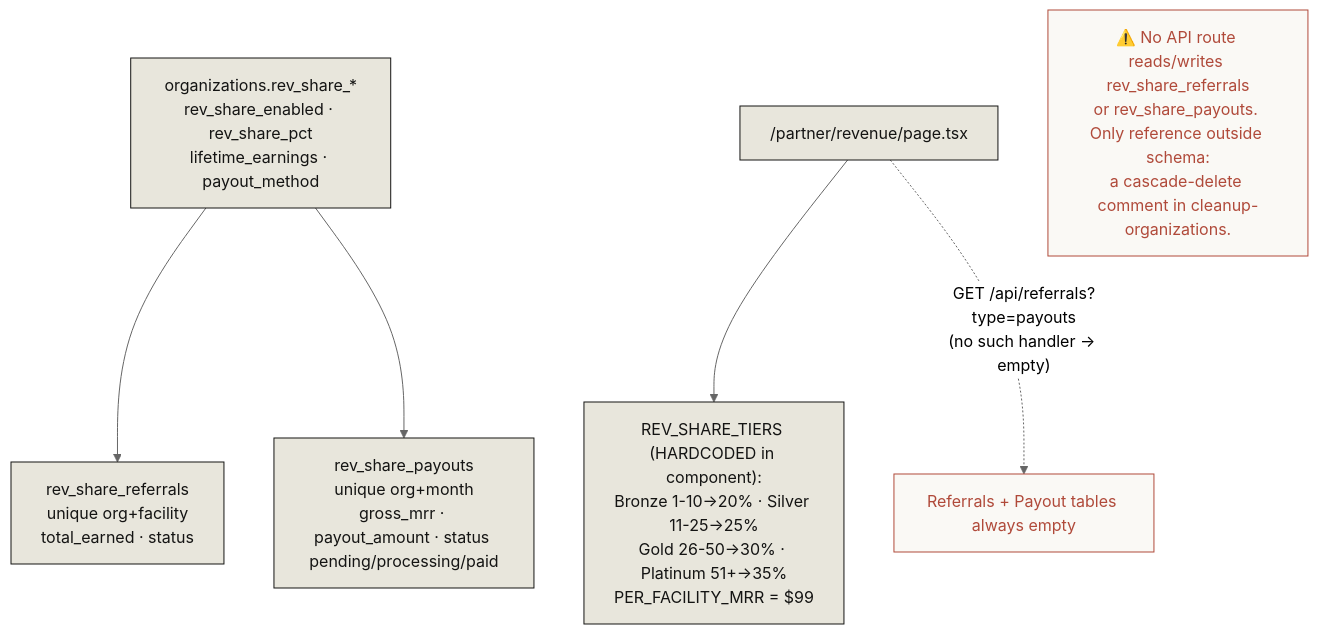
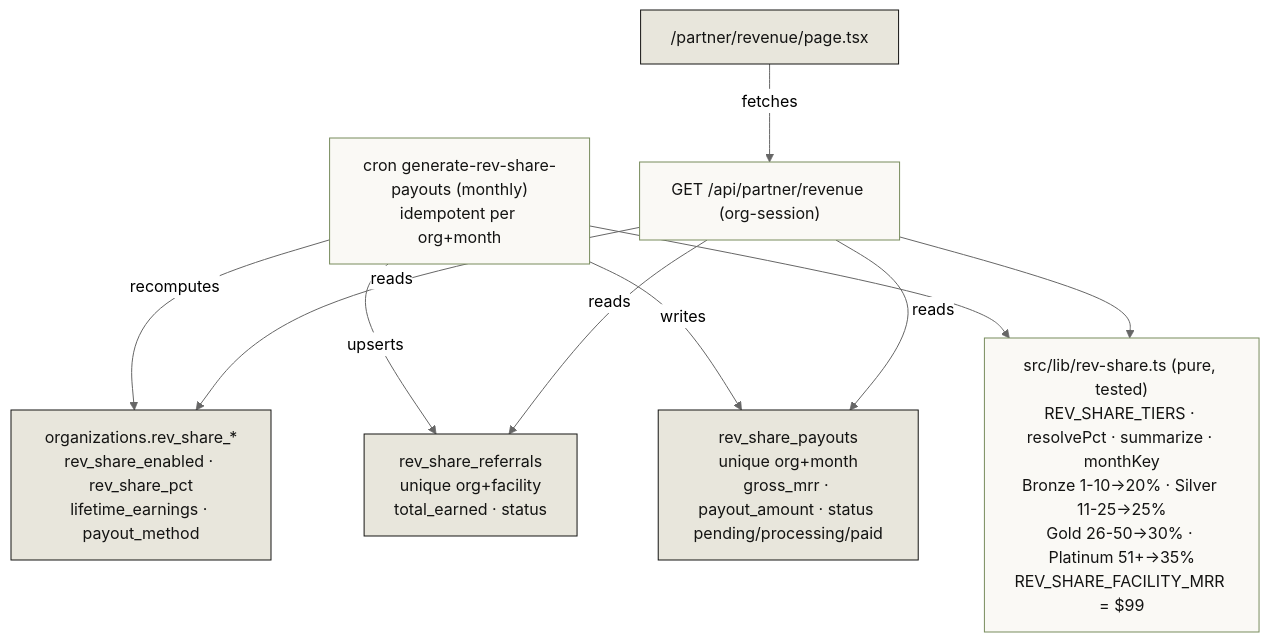
Before and after one commit to conceptsdeveloped/stowstack-next: the fourth of 4 diagrams in docs/systems/16-referrals-revshare.md, drawn with Mermaid (neutral theme). The commit also changed other lines of this file and 8 other files, not shown here.

````diff
--- a/docs/systems/16-referrals-revshare.md
+++ b/docs/systems/16-referrals-revshare.md
@@ -85,19 +85,24 @@
 ```mermaid
 flowchart TD
     ORG["organizations.rev_share_*<br/>rev_share_enabled · rev_share_pct<br/>lifetime_earnings · payout_method"]
     RR["rev_share_referrals<br/>unique org+facility<br/>total_earned · status"]
     RP["rev_share_payouts<br/>unique org+month<br/>gross_mrr · payout_amount · status pending/processing/paid"]
-    ORG --> RR
-    ORG --> RP
 
-    UI["/partner/revenue/page.tsx"]
-    UI --> HC["REV_SHARE_TIERS (HARDCODED in component):<br/>Bronze 1-10→20% · Silver 11-25→25%<br/>Gold 26-50→30% · Platinum 51+→35%<br/>PER_FACILITY_MRR = $99"]
-    UI -.->|"GET /api/referrals?type=payouts<br/>(no such handler → empty)"| EMPTY["Referrals + Payout tables always empty"]
+    LIB["src/lib/rev-share.ts (pure, tested)<br/>REV_SHARE_TIERS · resolvePct · summarize · monthKey<br/>Bronze 1-10→20% · Silver 11-25→25%<br/>Gold 26-50→30% · Platinum 51+→35%<br/>REV_SHARE_FACILITY_MRR = $99"]
 
-    NOTE["⚠️ No API route reads/writes rev_share_referrals<br/>or rev_share_payouts. Only reference outside schema:<br/>a cascade-delete comment in cleanup-organizations."]
+    CRON["cron generate-rev-share-payouts (monthly)<br/>idempotent per org+month"] -->|"writes"| RP
+    CRON -->|"upserts"| RR
+    CRON -->|"recomputes"| ORG
+    CRON --> LIB
 
-    classDef warn fill:#faf9f5,stroke:#B04A3A,color:#B04A3A
+    API["GET /api/partner/revenue (org-session)"] -->|"reads"| ORG
+    API -->|"reads"| RR
+    API -->|"reads"| RP
+    API --> LIB
+    UI["/partner/revenue/page.tsx"] -->|"fetches"| API
+
     classDef c fill:#e8e6dc,stroke:#141413,color:#141413
-    class ORG,RR,RP,UI,HC c
-    class EMPTY,NOTE warn
+    classDef ok fill:#faf9f5,stroke:#788c5d,color:#141413
+    class ORG,RR,RP,UI c
+    class LIB,CRON,API ok
 ```
````
